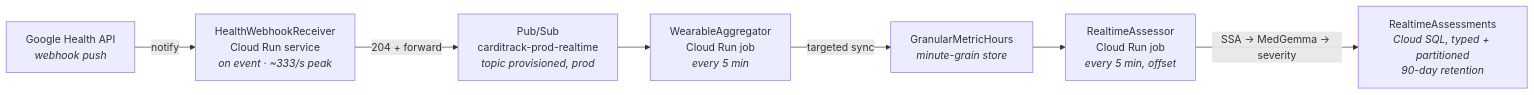
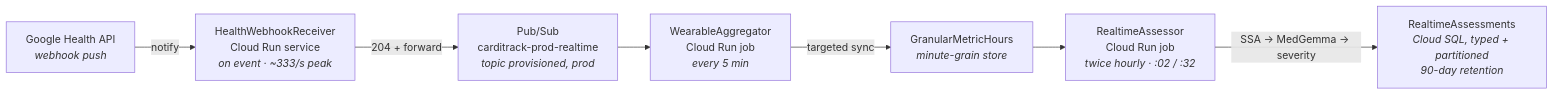
The second of 2 diagrams in docs/technical/data_sync_architecture.md (Codesistance/product-carditrack), drawn with Mermaid before and after one commit. The commit also changed other lines of this file and 43 other files, not shown here.

````diff
--- a/docs/technical/data_sync_architecture.md
+++ b/docs/technical/data_sync_architecture.md
@@ -74,13 +74,13 @@
 ```mermaid
 flowchart LR
   P0["Google Health API<br/><i>webhook push</i>"]
   P1["HealthWebhookReceiver<br/>Cloud Run service<br/><i>on event · ~333/s peak</i>"]
   P2["Pub/Sub<br/>carditrack-prod-realtime<br/><i>topic provisioned, prod</i>"]
   P3["WearableAggregator<br/>Cloud Run job<br/><i>every 5 min</i>"]
   P5["GranularMetricHours<br/><i>minute-grain store</i>"]
-  P6["RealtimeAssessor<br/>Cloud Run job<br/><i>every 5 min, offset</i>"]
+  P6["RealtimeAssessor<br/>Cloud Run job<br/><i>twice hourly · :02 / :32</i>"]
   P4["RealtimeAssessments<br/><i>Cloud SQL, typed + partitioned</i><br/><i>90-day retention</i>"]
 
   P0 -->|"notify"| P1 -->|"204 + forward"| P2 --> P3 -->|"targeted sync"| P5
   P5 --> P6 -->|"SSA → MedGemma → severity"| P4
 ```
````
